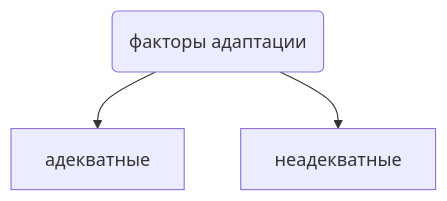
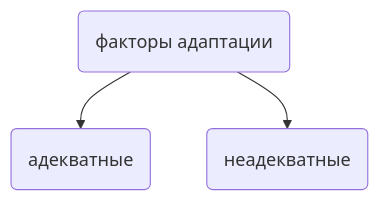
Before and after one commit to DivDisable/bakufu-front: the first of 4 diagrams in docs/fundamentals/adaptation.md, drawn with Mermaid. The commit also changed other lines of this file and 3 other files, not shown here.

````diff
--- a/docs/fundamentals/adaptation.md
+++ b/docs/fundamentals/adaptation.md
@@ -88,5 +94,5 @@
 ```mermaid
 graph TD;
-	A(факторы адаптации) --> адекватные
-	A --> неадекватные
+	A(факторы адаптации) --> B(адекватные)
+	A --> C(неадекватные)
 ```
````
